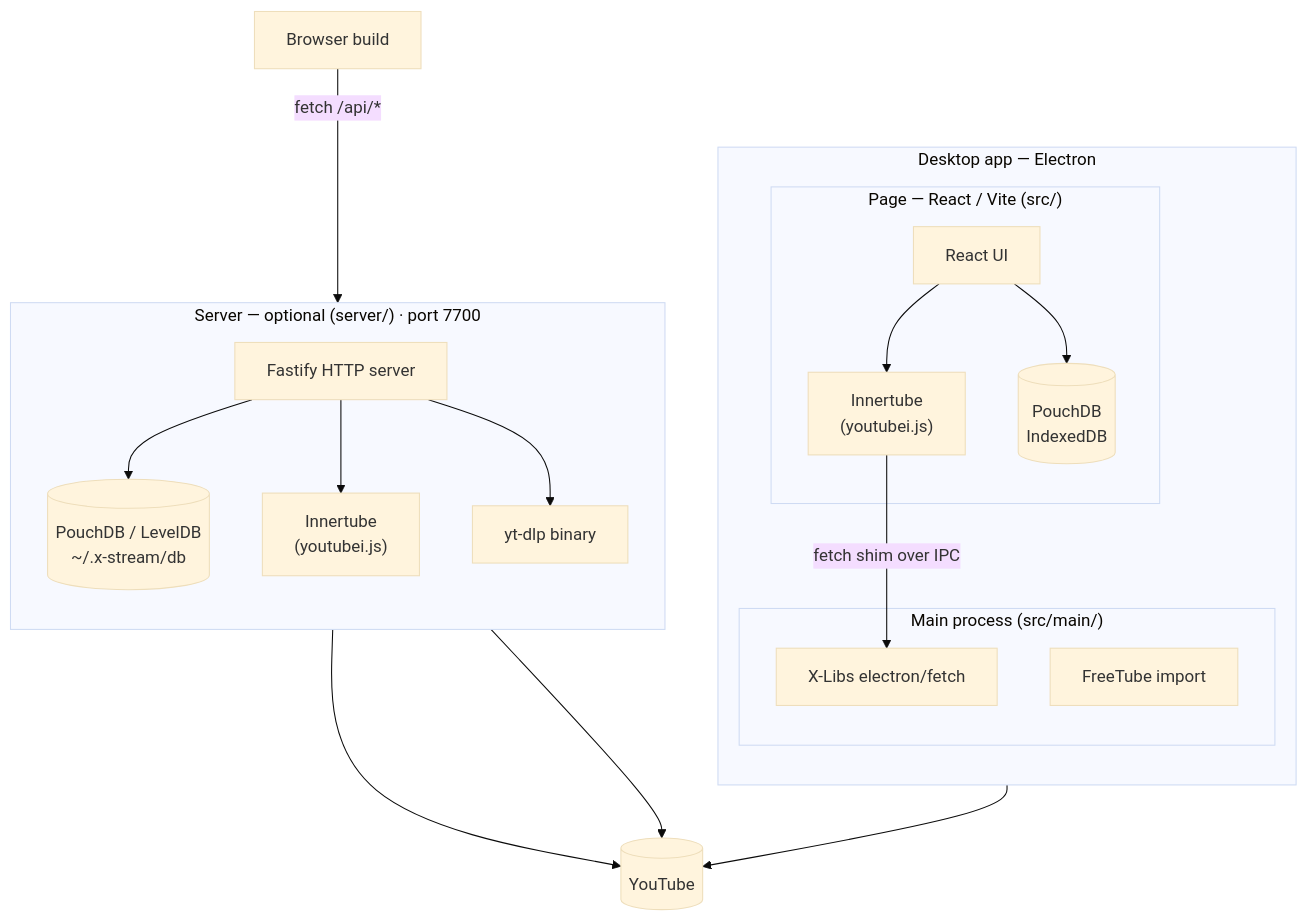
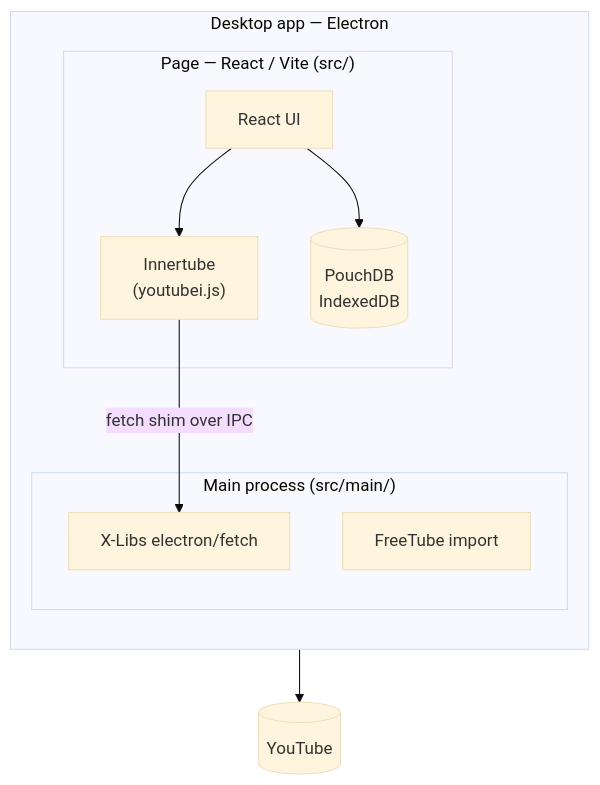
The diagram in DEVELOP.md (x-tech-laboratories/X-Stream), drawn with Mermaid (base theme) before and after one commit. The commit also changed other lines of this file and 40 other files, not shown here.

````diff
--- a/DEVELOP.md
+++ b/DEVELOP.md
@@ -17,36 +15,22 @@
 ```mermaid
 graph TB
     %% ── Desktop app ────────────────────────────────────────────────────────
     subgraph APP["Desktop app — Electron"]
         direction TB
         subgraph WV["Page — React / Vite (src/)"]
             UI[React UI]
             IT["Innertube\n(youtubei.js)"]
             PDB[(PouchDB\nIndexedDB)]
             UI --> IT & PDB
         end
         subgraph RS["Main process (src/main/)"]
             HTTP["X-Libs electron/fetch"]
             FT[FreeTube import]
         end
         IT -- "fetch shim over IPC" --> HTTP
     end
 
-    %% ── Optional server ────────────────────────────────────────────────────
-    subgraph SRV["Server — optional (server/) · port 7700"]
-        direction TB
-        FW[Fastify HTTP server]
-        SDB[(PouchDB / LevelDB\n~/.x-stream/db)]
-        SIT["Innertube\n(youtubei.js)"]
-        YD[yt-dlp binary]
-        FW --> SDB & SIT & YD
-    end
-
-    BR[Browser build]
     YT[(YouTube)]
 
     HTTP --> YT
-    SIT --> YT
-    YD --> YT
-    BR -- "fetch /api/*" --> FW
 ```
````
